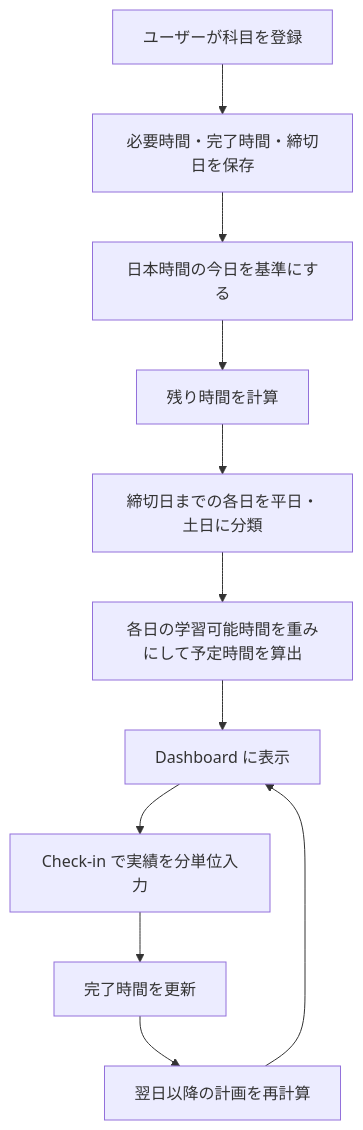
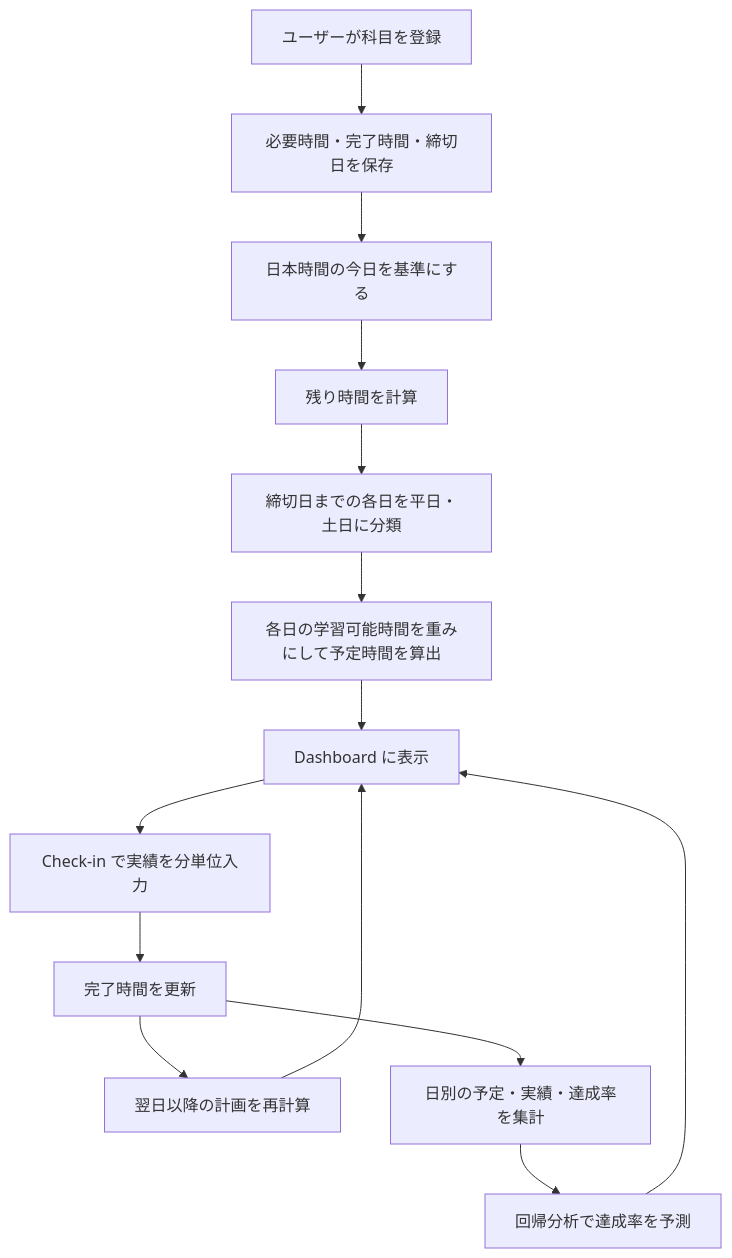
Before and after one commit to yuina368/ScheduleSystemAI: the second of 3 diagrams in README.md, drawn with Mermaid. The commit also changed other lines of this file and 19 other files, not shown here.

````diff
--- a/README.md
+++ b/README.md
@@ -89,13 +93,16 @@
 ```mermaid
 flowchart TD
   A["ユーザーが科目を登録"] --> B["必要時間・完了時間・締切日を保存"]
   B --> C["日本時間の今日を基準にする"]
   C --> D["残り時間を計算"]
   D --> E["締切日までの各日を平日・土日に分類"]
   E --> F["各日の学習可能時間を重みにして予定時間を算出"]
   F --> G["Dashboard に表示"]
   G --> H["Check-in で実績を分単位入力"]
   H --> I["完了時間を更新"]
   I --> J["翌日以降の計画を再計算"]
   J --> G
+  I --> K["日別の予定・実績・達成率を集計"]
+  K --> L["回帰分析で達成率を予測"]
+  L --> G
 ```
````
